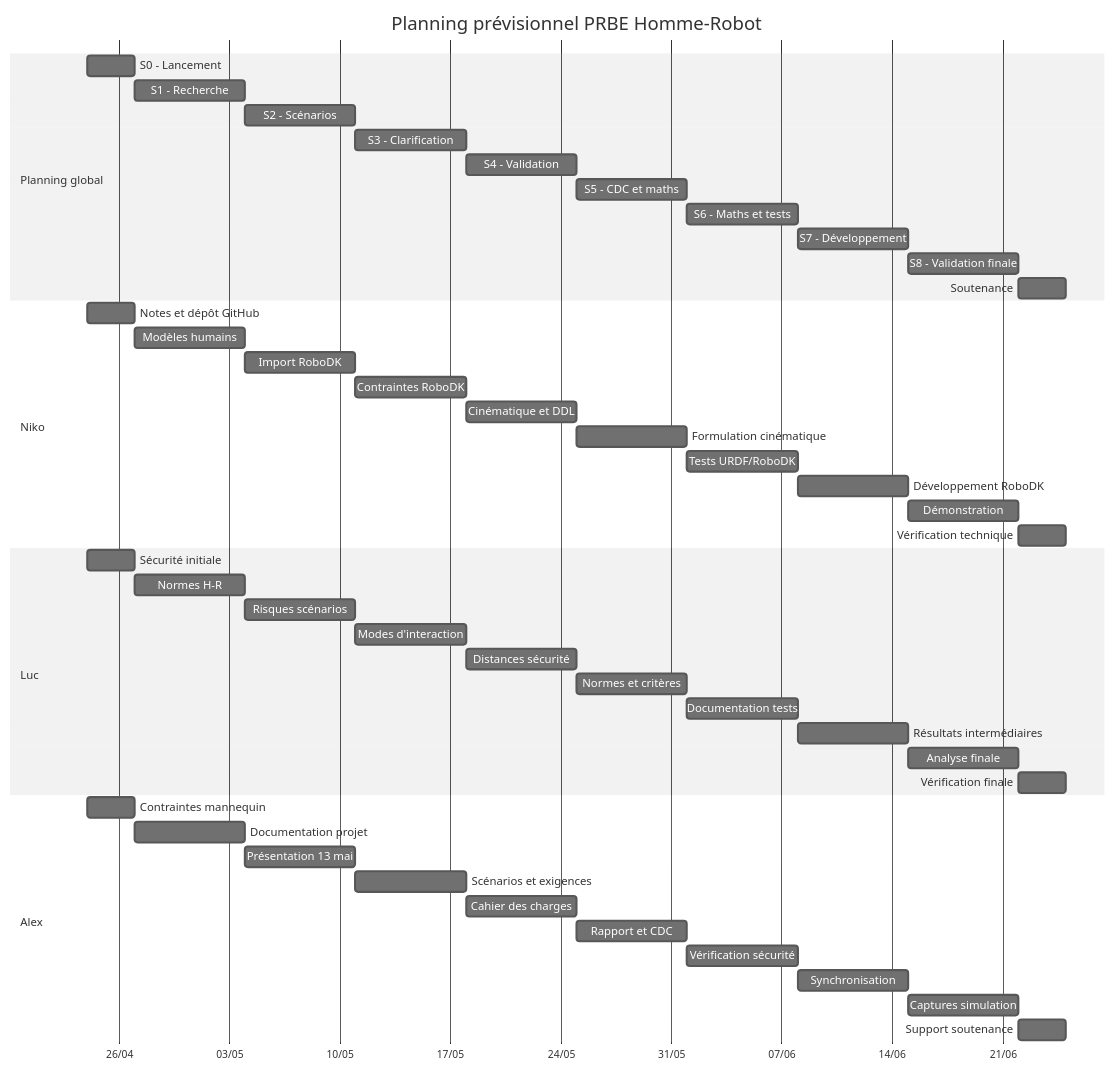
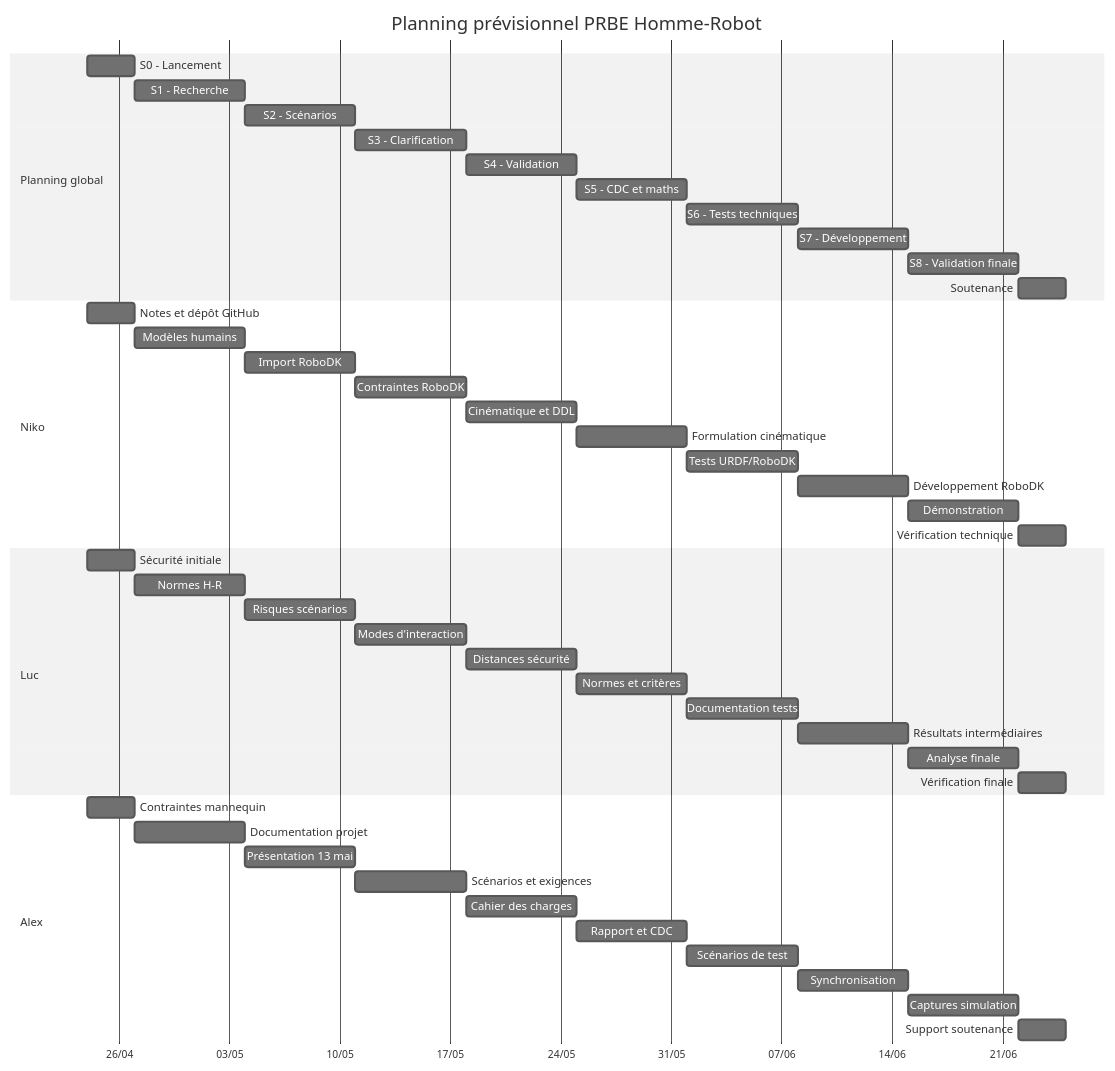
The diagram in docs/cahier-des-charges.md (ProjectInitNiko/PRBE-Homme-Robot), drawn with Mermaid (neutral theme) before and after one commit. The commit also changed other lines of this file, not shown here.

Commit message:
Refine S6 planning tasks

````diff
--- a/docs/cahier-des-charges.md
+++ b/docs/cahier-des-charges.md
@@ -228,54 +228,54 @@
 ```mermaid
 gantt
     title Planning prévisionnel PRBE Homme-Robot
     dateFormat  YYYY-MM-DD
     axisFormat  %d/%m
 
     section Planning global
     S0 - Lancement                  :s0, 2026-04-24, 3d
     S1 - Recherche                  :s1, 2026-04-27, 7d
     S2 - Scénarios                  :s2, 2026-05-04, 7d
     S3 - Clarification              :s3, 2026-05-11, 7d
     S4 - Validation                 :s4, 2026-05-18, 7d
     S5 - CDC et maths               :s5, 2026-05-25, 7d
-    S6 - Maths et tests             :s6, 2026-06-01, 7d
+    S6 - Tests techniques           :s6, 2026-06-01, 7d
     S7 - Développement              :s7, 2026-06-08, 7d
     S8 - Validation finale          :s8, 2026-06-15, 7d
     Soutenance                      :final, 2026-06-22, 3d
 
     section Niko
     Notes et dépôt GitHub           :n0, 2026-04-24, 3d
     Modèles humains                 :n1, 2026-04-27, 7d
     Import RoboDK                   :n2, 2026-05-04, 7d
     Contraintes RoboDK              :n3, 2026-05-11, 7d
     Cinématique et DDL              :n4, 2026-05-18, 7d
     Formulation cinématique         :n5, 2026-05-25, 7d
     Tests URDF/RoboDK               :n6, 2026-06-01, 7d
     Développement RoboDK            :n7, 2026-06-08, 7d
     Démonstration                   :n8, 2026-06-15, 7d
     Vérification technique          :n9, 2026-06-22, 3d
 
     section Luc
     Sécurité initiale               :l0, 2026-04-24, 3d
     Normes H-R                      :l1, 2026-04-27, 7d
     Risques scénarios               :l2, 2026-05-04, 7d
     Modes d'interaction             :l3, 2026-05-11, 7d
     Distances sécurité              :l4, 2026-05-18, 7d
     Normes et critères              :l5, 2026-05-25, 7d
     Documentation tests             :l6, 2026-06-01, 7d
     Résultats intermédiaires        :l7, 2026-06-08, 7d
     Analyse finale                  :l8, 2026-06-15, 7d
     Vérification finale             :l9, 2026-06-22, 3d
 
     section Alex
     Contraintes mannequin           :a0, 2026-04-24, 3d
     Documentation projet            :a1, 2026-04-27, 7d
     Présentation 13 mai             :a2, 2026-05-04, 7d
     Scénarios et exigences          :a3, 2026-05-11, 7d
     Cahier des charges              :a4, 2026-05-18, 7d
     Rapport et CDC                  :a5, 2026-05-25, 7d
-    Vérification sécurité           :a6, 2026-06-01, 7d
+    Scénarios de test               :a6, 2026-06-01, 7d
     Synchronisation                 :a7, 2026-06-08, 7d
     Captures simulation             :a8, 2026-06-15, 7d
     Support soutenance              :a9, 2026-06-22, 3d
 ```
````
